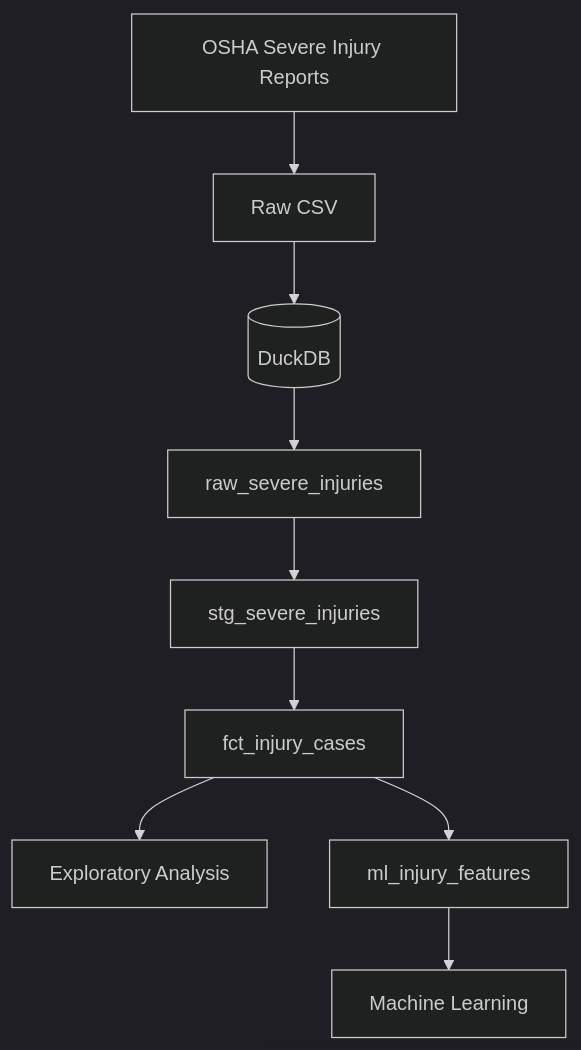
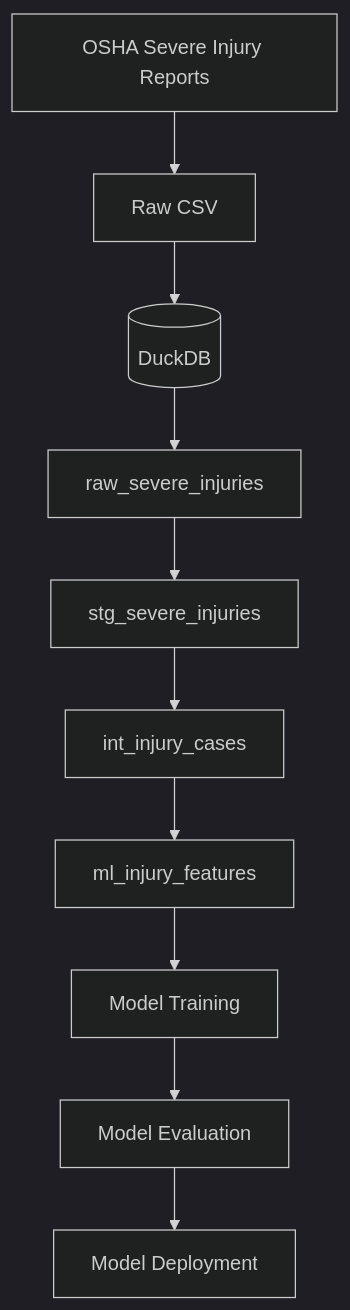
The first of 2 diagrams in README.md (Ibrian93/incident-risk-prediction), drawn with Mermaid (dark theme) before and after one commit. The commit also changed other lines of this file and 9 other files, not shown here.

````diff
--- a/README.md
+++ b/README.md
@@ -58,11 +60,12 @@
 ```mermaid
 flowchart TD
     A[OSHA Severe Injury Reports] --> B[Raw CSV]
     B --> C[(DuckDB)]
     C --> D[raw_severe_injuries]
     D --> E[stg_severe_injuries]
-    E --> F[fct_injury_cases]
-    F --> G[Exploratory Analysis]
-    F --> H[ml_injury_features]
-    H --> I[Machine Learning]
+    E --> F[int_injury_cases]
+    F --> G[ml_injury_features]
+    G --> H[Model Training]
+    H --> I[Model Evaluation]
+    I --> J[Model Deployment]
 ```
````
